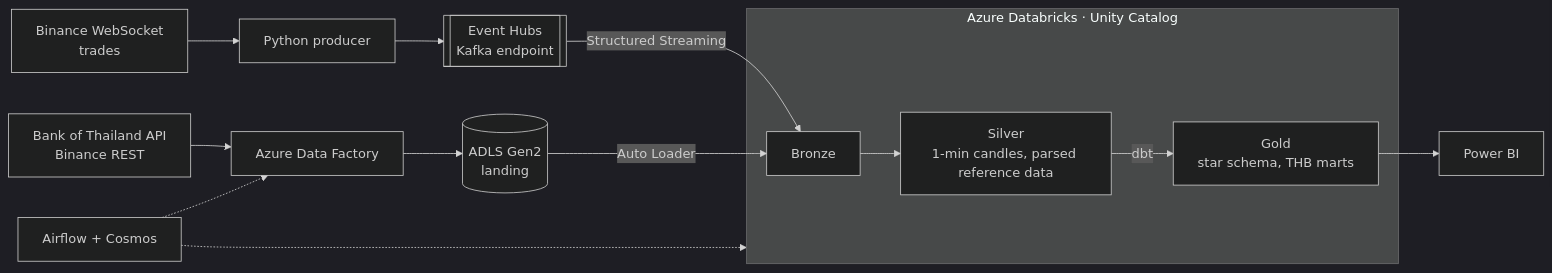
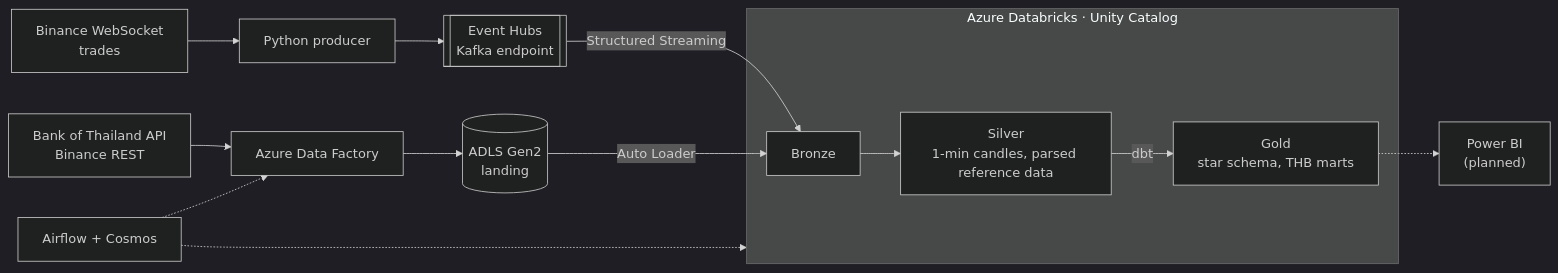
Before and after one commit to sujinan-sila/crypto-thb-data-platform: the diagram in README.md, drawn with Mermaid (dark theme). The commit also changed other lines of this file, not shown here.

````diff
--- a/README.md
+++ b/README.md
@@ -9,16 +18,16 @@
 ```mermaid
 flowchart LR
     WS["Binance WebSocket<br/>trades"] --> PR["Python producer"]
     PR --> EH[["Event Hubs<br/>Kafka endpoint"]]
     EH -->|Structured Streaming| B
     API["Bank of Thailand API<br/>Binance REST"] --> ADF["Azure Data Factory"]
     ADF --> LZ[("ADLS Gen2<br/>landing")]
     LZ -->|Auto Loader| B
     subgraph DBX["Azure Databricks · Unity Catalog"]
         B["Bronze"] --> S["Silver<br/>1-min candles, parsed reference data"]
         S -->|dbt| G["Gold<br/>star schema, THB marts"]
     end
-    G --> PBI["Power BI"]
+    G -.-> PBI["Power BI<br/>(planned)"]
     AF["Airflow + Cosmos"] -.-> ADF
     AF -.-> DBX
 ```
````
